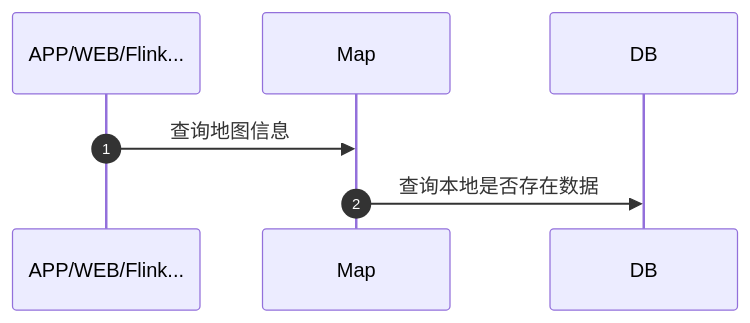
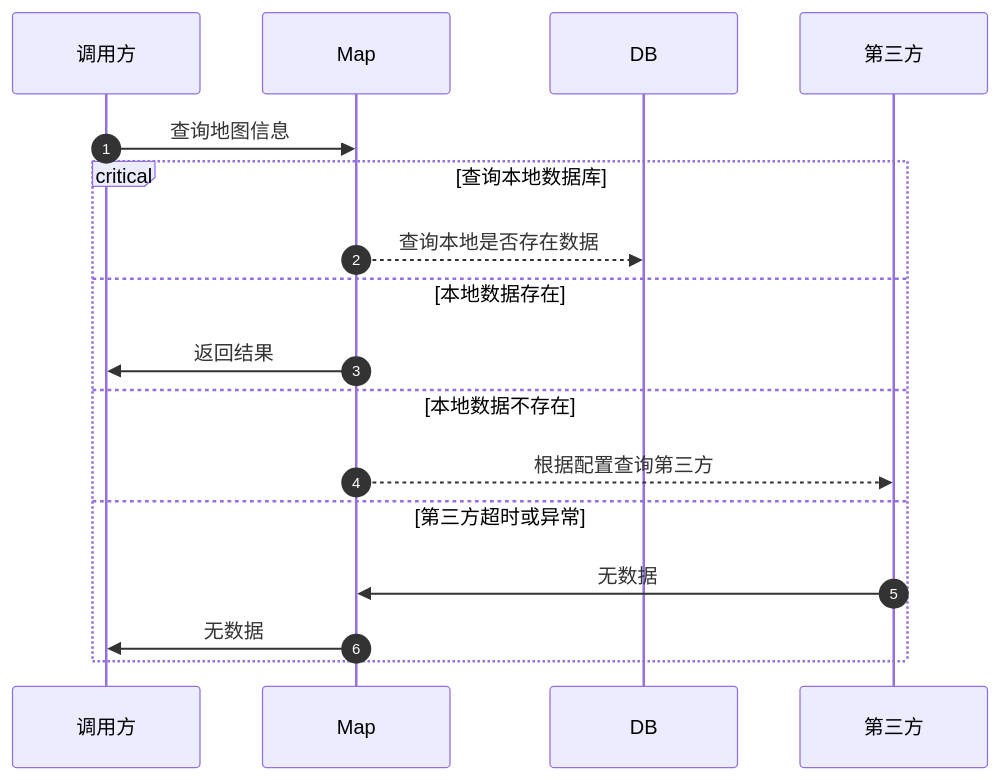
The first of 2 diagrams in tqbb/Map.md (luoyh/obsidian-sync), drawn with Mermaid before and after one commit. The commit also changed other lines of this file and 1 other file, not shown here.

````diff
--- a/tqbb/Map.md
+++ b/tqbb/Map.md
@@ -11,7 +11,15 @@
 ```mermaid
 sequenceDiagram
   autonumber
-  APP/WEB/Flink... ->> Map: 查询地图信息
-  Map ->> DB: 查询本地是否存在数据
-    
+  调用方 ->> Map: 查询地图信息
+  critical 查询本地数据库
+    Map -->> DB: 查询本地是否存在数据
+  option 本地数据存在
+    Map ->> 调用方: 返回结果
+  option 本地数据不存在
+    Map -->> 第三方: 根据配置查询第三方
+  option 第三方超时或异常
+    第三方 ->> Map: 无数据
+    Map ->> 调用方: 无数据
+  end
 ```
````
